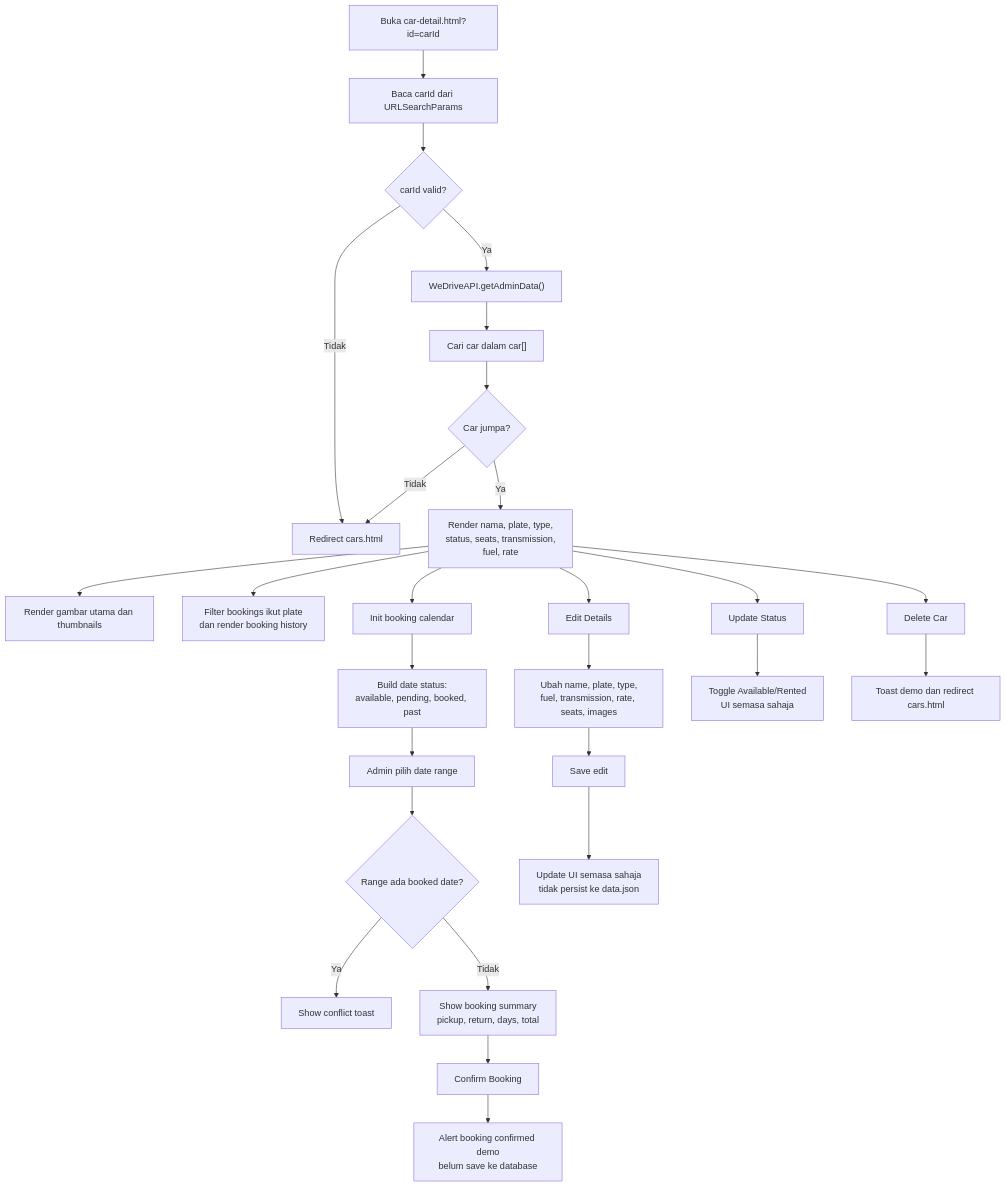
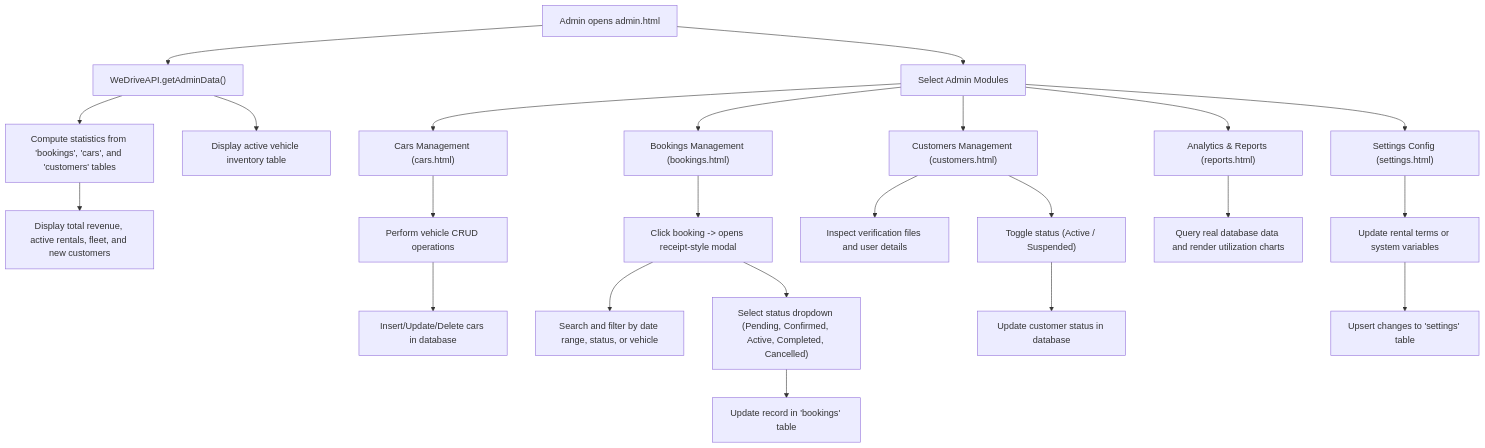
The fourth of 5 diagrams in docs/FULL_SYSTEM_FLOWCHART.md (hdanial211/WeDRIVE), drawn with Mermaid before and after one commit. The commit also changed other lines of this file and 1 other file, not shown here.

Commit message:
8.4.1 Update system flowchart to reflect active Supabase integration

````diff
--- a/docs/FULL_SYSTEM_FLOWCHART.md
+++ b/docs/FULL_SYSTEM_FLOWCHART.md
@@ -199,35 +118,32 @@
 ```mermaid
 flowchart TD
-    DETAIL_START["Buka car-detail.html?id=carId"] --> READ_ID["Baca carId dari URLSearchParams"]
-    READ_ID --> VALID_ID{"carId valid?"}
-    VALID_ID -->|Tidak| BACK_CARS["Redirect cars.html"]
-    VALID_ID -->|Ya| LOAD_DATA["WeDriveAPI.getAdminData()"]
+    ADMIN_START["Admin opens admin.html"] --> QUERY_DASH["WeDriveAPI.getAdminData()"]
+    
+    QUERY_DASH --> QUERY_STATS["Compute statistics from 'bookings', 'cars', and 'customers' tables"]
+    QUERY_STATS --> DISPLAY_STATS["Display total revenue, active rentals, fleet, and new customers"]
+    QUERY_DASH --> DISPLAY_CARS["Display active vehicle inventory table"]
 
-    LOAD_DATA --> FIND_CAR["Cari car dalam car[]"]
-    FIND_CAR --> FOUND{"Car jumpa?"}
-    FOUND -->|Tidak| BACK_CARS
-    FOUND -->|Ya| RENDER_DETAIL["Render nama, plate, type,<br/>status, seats, transmission,<br/>fuel, rate"]
+    ADMIN_START --> NAV_MODULES["Select Admin Modules"]
 
-    RENDER_DETAIL --> RENDER_IMAGES["Render gambar utama dan thumbnails"]
-    RENDER_DETAIL --> HISTORY["Filter bookings ikut plate<br/>dan render booking history"]
-    RENDER_DETAIL --> CALENDAR["Init booking calendar"]
+    NAV_MODULES --> MODULE_CARS["Cars Management (cars.html)"]
+    MODULE_CARS --> CARS_CRUD["Perform vehicle CRUD operations"]
+    CARS_CRUD --> UPDATE_DB_CARS["Insert/Update/Delete cars in database"]
 
-    CALENDAR --> DATE_STATUS["Build date status:<br/>available, pending, booked, past"]
-    DATE_STATUS --> SELECT_DATE["Admin pilih date range"]
-    SELECT_DATE --> CONFLICT{"Range ada booked date?"}
-    CONFLICT -->|Ya| SHOW_TOAST["Show conflict toast"]
-    CONFLICT -->|Tidak| SUMMARY["Show booking summary<br/>pickup, return, days, total"]
-    SUMMARY --> CONFIRM["Confirm Booking"]
-    CONFIRM --> DEMO_BOOKING["Alert booking confirmed demo<br/>belum save ke database"]
+    NAV_MODULES --> MODULE_BOOKINGS["Bookings Management (bookings.html)"]
+    MODULE_BOOKINGS --> VIEW_DETAIL_MODAL["Click booking -> opens receipt-style modal"]
+    VIEW_DETAIL_MODAL --> FILTER_SEARCH["Search and filter by date range, status, or vehicle"]
+    VIEW_DETAIL_MODAL --> CHANGE_STATUS["Select status dropdown (Pending, Confirmed, Active, Completed, Cancelled)"]
+    CHANGE_STATUS --> UPDATE_DB_BOOKING["Update record in 'bookings' table"]
 
-    RENDER_DETAIL --> EDIT["Edit Details"]
-    EDIT --> EDIT_FORM["Ubah name, plate, type,<br/>fuel, transmission, rate, seats, images"]
-    EDIT_FORM --> SAVE_EDIT["Save edit"]
-    SAVE_EDIT --> UPDATE_SCREEN["Update UI semasa sahaja<br/>tidak persist ke data.json"]
+    NAV_MODULES --> MODULE_CUSTOMERS["Customers Management (customers.html)"]
+    MODULE_CUSTOMERS --> VIEW_DOCUMENTS["Inspect verification files and user details"]
+    MODULE_CUSTOMERS --> TOGGLE_BLOCK["Toggle status (Active / Suspended)"]
+    TOGGLE_BLOCK --> UPDATE_DB_CUSTOMER["Update customer status in database"]
 
-    RENDER_DETAIL --> UPDATE_STATUS["Update Status"]
-    UPDATE_STATUS --> TOGGLE_STATUS["Toggle Available/Rented<br/>UI semasa sahaja"]
+    NAV_MODULES --> MODULE_REPORTS["Analytics & Reports (reports.html)"]
+    MODULE_REPORTS --> GENERATE_CHARTS["Query real database data and render utilization charts"]
 
-    RENDER_DETAIL --> DELETE_CAR["Delete Car"]
-    DELETE_CAR --> DEMO_DELETE["Toast demo dan redirect cars.html"]
+    NAV_MODULES --> MODULE_SETTINGS["Settings Config (settings.html)"]
+    MODULE_SETTINGS --> DYNAMIC_SETTINGS["Update rental terms or system variables"]
+    DYNAMIC_SETTINGS --> UPSERT_DB_SETTINGS["Upsert changes to 'settings' table"]
 ```
````
